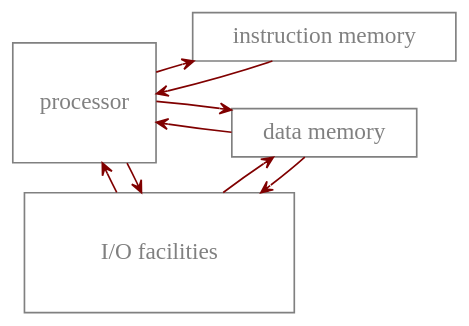
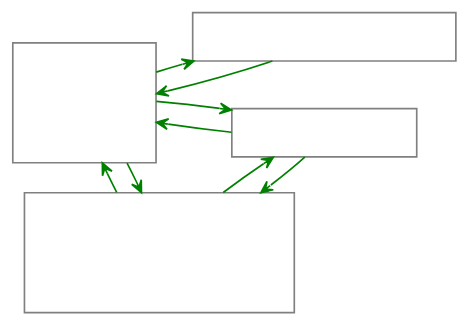
One commit to dgudim2/obsidian_vault changed the second of 3 diagrams in uni/Computer architecture/Processor.md. Above: the diagram before and after it, drawn with Graphviz. The commit also changed other lines of this file and 20 other files, not shown here.

````diff
--- a/uni/Computer architecture/Processor.md
+++ b/uni/Computer architecture/Processor.md
@@ -53,31 +53,31 @@
 ```dot 
 digraph D {
 
 bgcolor="transparent" 
 color=gray
 
 graph[layout=neato]
 
 fontcolor=green
 
-node[shape=rect, width=1, height=1, color=gray, fontcolor=gray]
+node[shape=rect, width=1, height=1, color=gray, fontcolor=white]
 
 cpu [label=processor,pos="0,1.25!"]
 
 node[width=1, height=0.4]
 im [label="instruction memory", pos="2,1.8!"]
 dm [label="data memory",pos="2,1!"]
 
 node[width=2.25, height=1]
 io [label="I/O facilities",pos="0.625,0!"]
 
 
-edge[arrowhead=vee, arrowsize=.7, color=maroon]
+edge[arrowhead=vee, arrowsize=.7, color=green]
 cpu -> {io, im, dm}
 io -> {cpu, dm}
 im -> cpu
 dm -> {cpu, io}
 
 
 }
 ```
````
